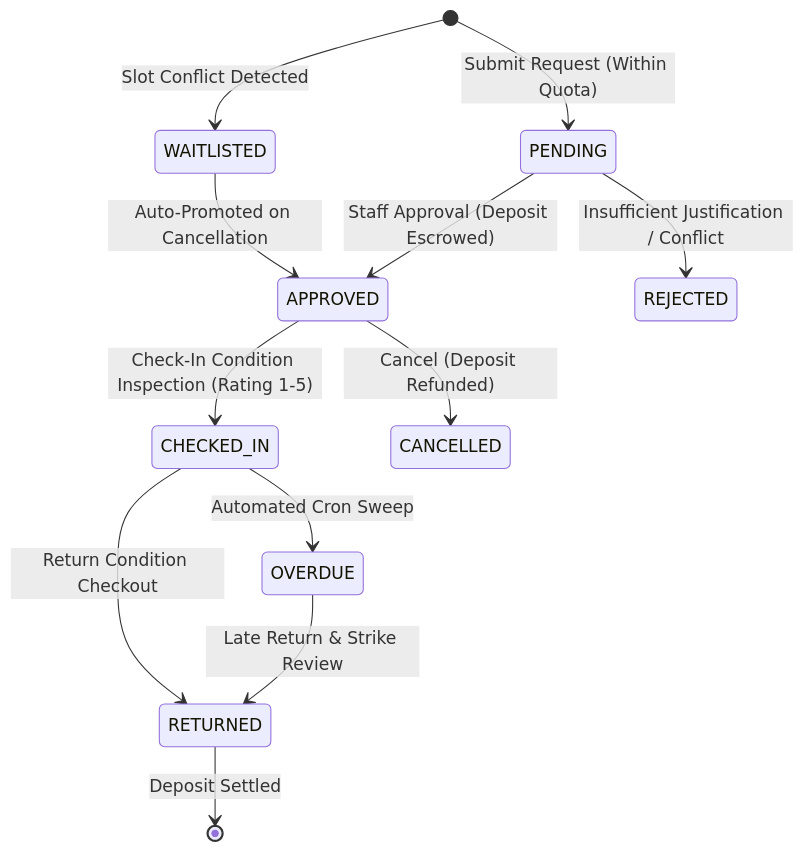
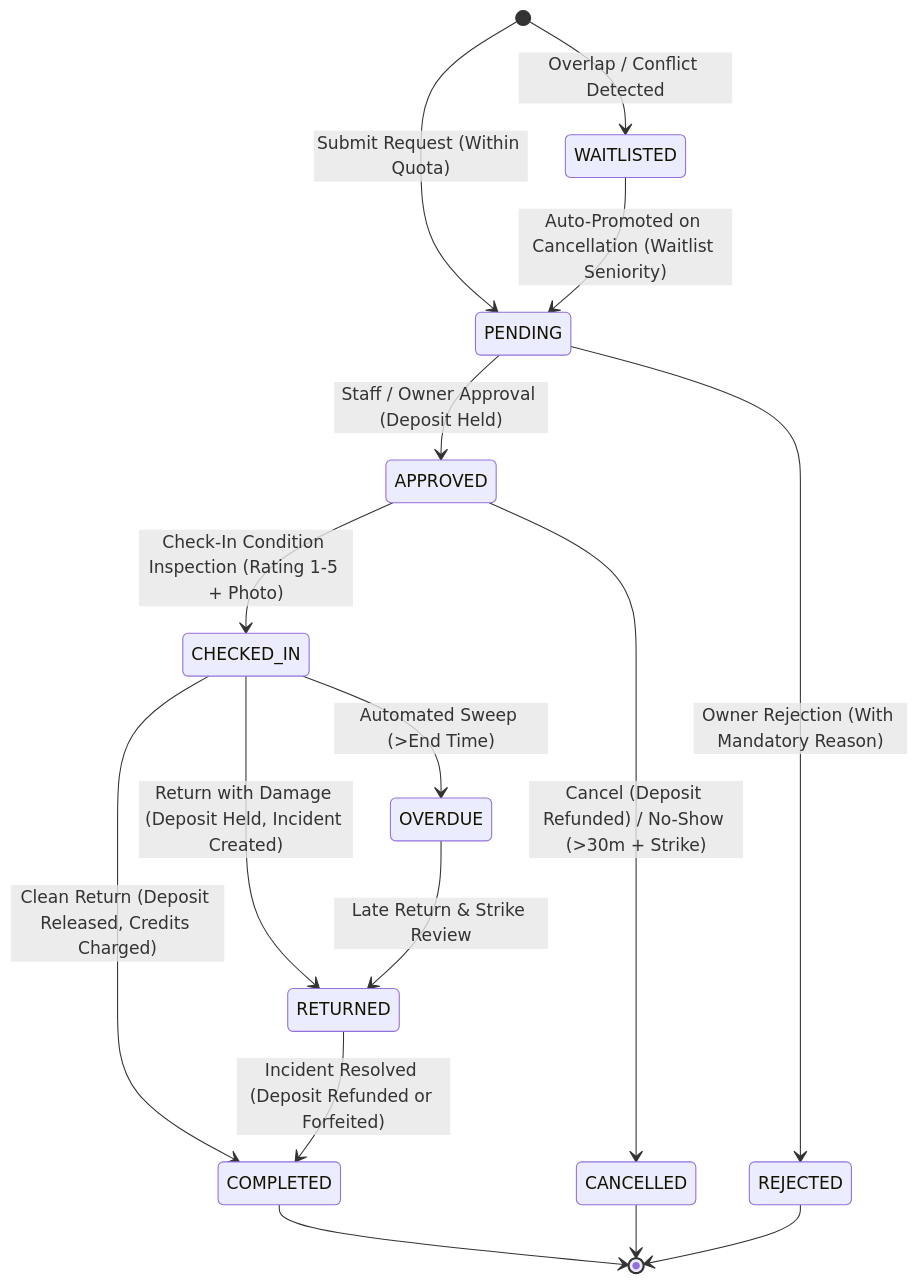
One commit to Shrey-Vhr/Code-Conqueror changed the second of 2 diagrams in README.md. Above: the diagram before and after it, drawn with Mermaid. The commit also changed other lines of this file and 1 other file, not shown here.

````diff
--- a/README.md
+++ b/README.md
@@ -49,14 +52,18 @@
 ```mermaid
 stateDiagram-v2
     [*] --> PENDING : Submit Request (Within Quota)
-    [*] --> WAITLISTED : Slot Conflict Detected
-    WAITLISTED --> APPROVED : Auto-Promoted on Cancellation
-    PENDING --> APPROVED : Staff Approval (Deposit Escrowed)
-    PENDING --> REJECTED : Insufficient Justification / Conflict
-    APPROVED --> CHECKED_IN : Check-In Condition Inspection (Rating 1-5)
-    APPROVED --> CANCELLED : Cancel (Deposit Refunded)
-    CHECKED_IN --> RETURNED : Return Condition Checkout
-    CHECKED_IN --> OVERDUE : Automated Cron Sweep
+    [*] --> WAITLISTED : Overlap / Conflict Detected
+    WAITLISTED --> PENDING : Auto-Promoted on Cancellation (Waitlist Seniority)
+    PENDING --> APPROVED : Staff / Owner Approval (Deposit Held)
+    PENDING --> REJECTED : Owner Rejection (With Mandatory Reason)
+    APPROVED --> CHECKED_IN : Check-In Condition Inspection (Rating 1-5 + Photo)
+    APPROVED --> CANCELLED : Cancel (Deposit Refunded) / No-Show (>30m + Strike)
+    CHECKED_IN --> RETURNED : Return with Damage (Deposit Held, Incident Created)
+    CHECKED_IN --> COMPLETED : Clean Return (Deposit Released, Credits Charged)
+    CHECKED_IN --> OVERDUE : Automated Sweep (>End Time)
     OVERDUE --> RETURNED : Late Return & Strike Review
-    RETURNED --> [*] : Deposit Settled
+    RETURNED --> COMPLETED : Incident Resolved (Deposit Refunded or Forfeited)
+    COMPLETED --> [*]
+    CANCELLED --> [*]
+    REJECTED --> [*]
 ```
````
